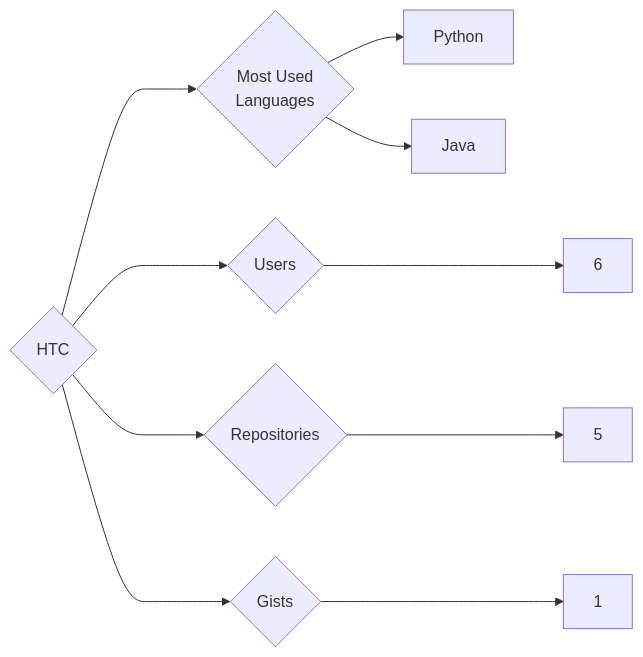
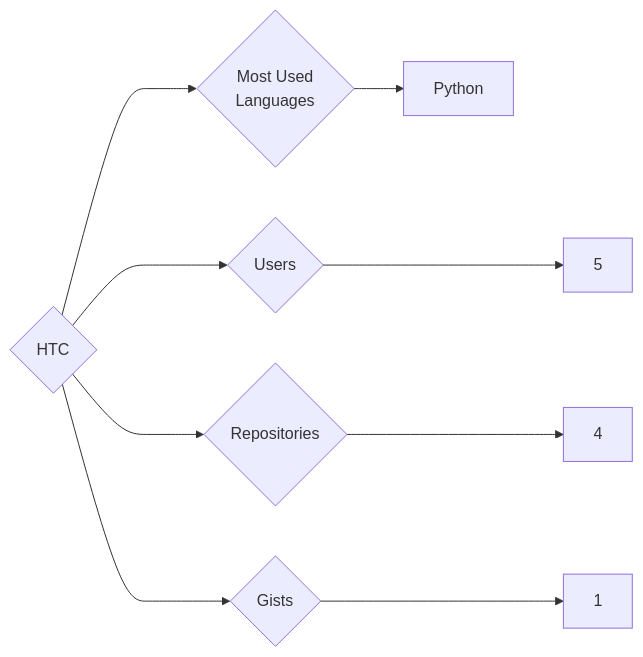
One commit to trickest/insiders changed the diagram in targets/HTC/README.md. Above: the diagram before and after it, drawn with Mermaid. The commit also changed 1003 other files, not shown here.

````diff
--- a/targets/HTC/README.md
+++ b/targets/HTC/README.md
@@ -3,10 +3,9 @@
 ```mermaid
 graph LR
 COMPANY_NAME{HTC}
-COMPANY_NAME ---> U{Users} ---> UN[6]
-COMPANY_NAME ---> R{Repositories} ---> RN[5]
+COMPANY_NAME ---> U{Users} ---> UN[5]
+COMPANY_NAME ---> R{Repositories} ---> RN[4]
 COMPANY_NAME ---> G{Gists} ---> GN[1]
 COMPANY_NAME ---> ML{Most Used<br>Languages}
 ML --> Python[Python]
-ML --> Java[Java]
 ```
````
